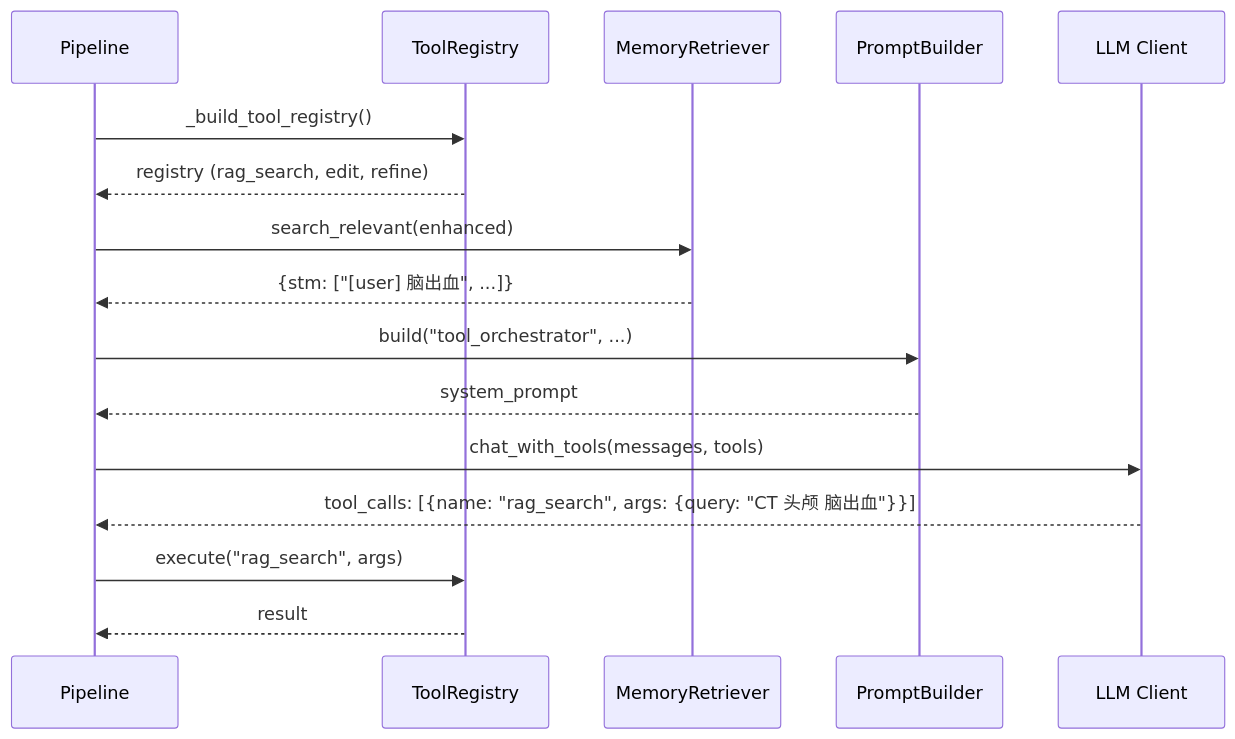
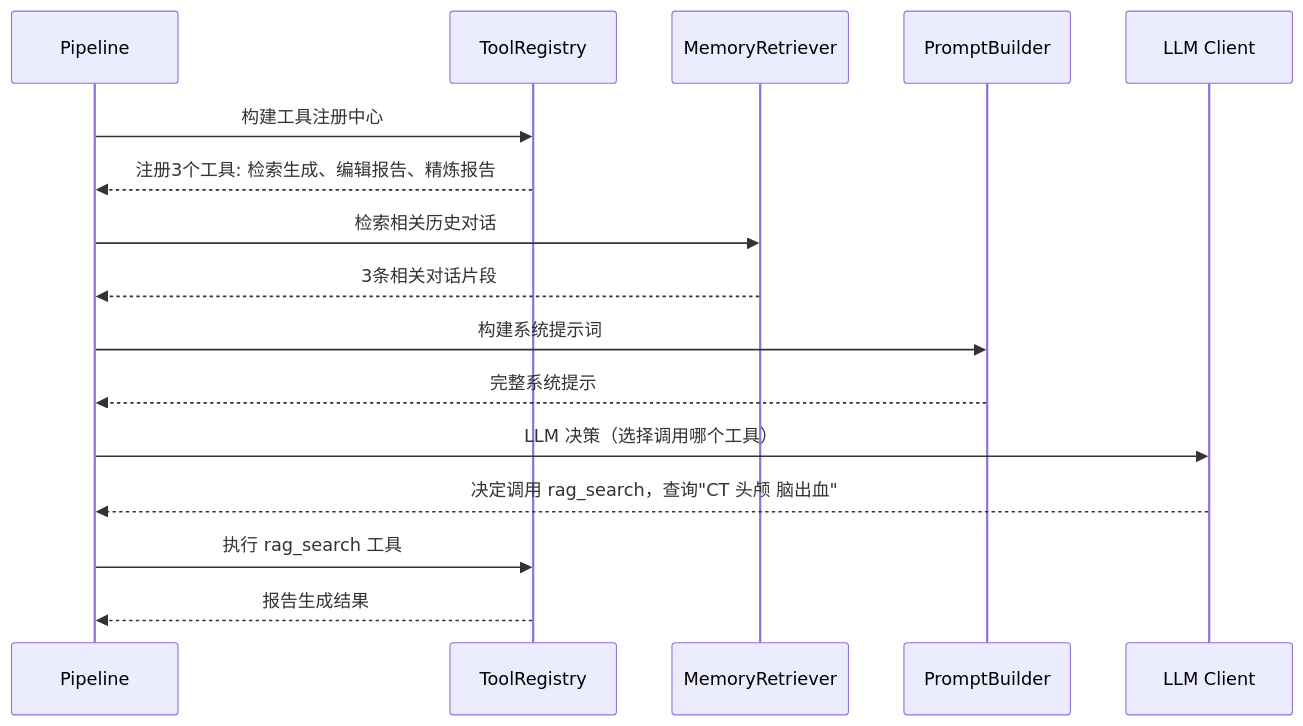
The diagram in docs/uml/02_llm_orchestration.md (cw12309/report-generation), drawn with Mermaid before and after one commit. The commit also changed 9 other files, not shown here.

````diff
--- a/docs/uml/02_llm_orchestration.md
+++ b/docs/uml/02_llm_orchestration.md
@@ -3,23 +3,23 @@
 ```mermaid
 sequenceDiagram
     participant Pipe as Pipeline
     participant TR as ToolRegistry
     participant MR as MemoryRetriever
     participant PB as PromptBuilder
     participant LLM as LLM Client
 
-    Pipe->>TR: _build_tool_registry()
-    TR-->>Pipe: registry (rag_search, edit, refine)
+    Pipe->>TR: 构建工具注册中心
+    TR-->>Pipe: 注册3个工具: 检索生成、编辑报告、精炼报告
 
-    Pipe->>MR: search_relevant(enhanced)
-    MR-->>Pipe: {stm: ["[user] 脑出血", ...]}
+    Pipe->>MR: 检索相关历史对话
+    MR-->>Pipe: 3条相关对话片段
 
-    Pipe->>PB: build("tool_orchestrator", ...)
-    PB-->>Pipe: system_prompt
+    Pipe->>PB: 构建系统提示词
+    PB-->>Pipe: 完整系统提示
 
-    Pipe->>LLM: chat_with_tools(messages, tools)
-    LLM-->>Pipe: tool_calls: [{name: "rag_search", args: {query: "CT 头颅 脑出血"}}]
+    Pipe->>LLM: LLM 决策（选择调用哪个工具）
+    LLM-->>Pipe: 决定调用 rag_search，查询"CT 头颅 脑出血"
 
-    Pipe->>TR: execute("rag_search", args)
-    TR-->>Pipe: result
+    Pipe->>TR: 执行 rag_search 工具
+    TR-->>Pipe: 报告生成结果
 ```
````
